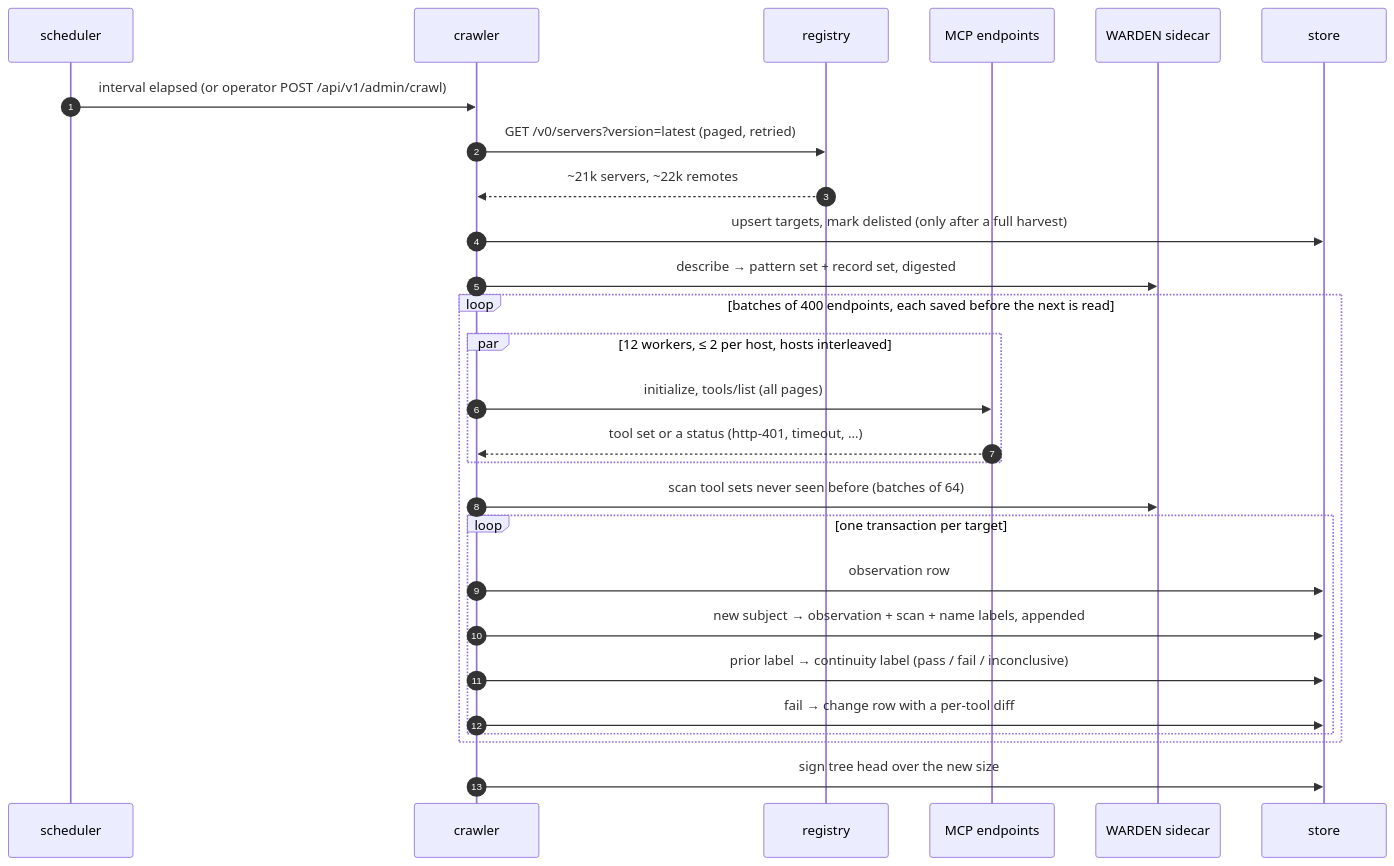
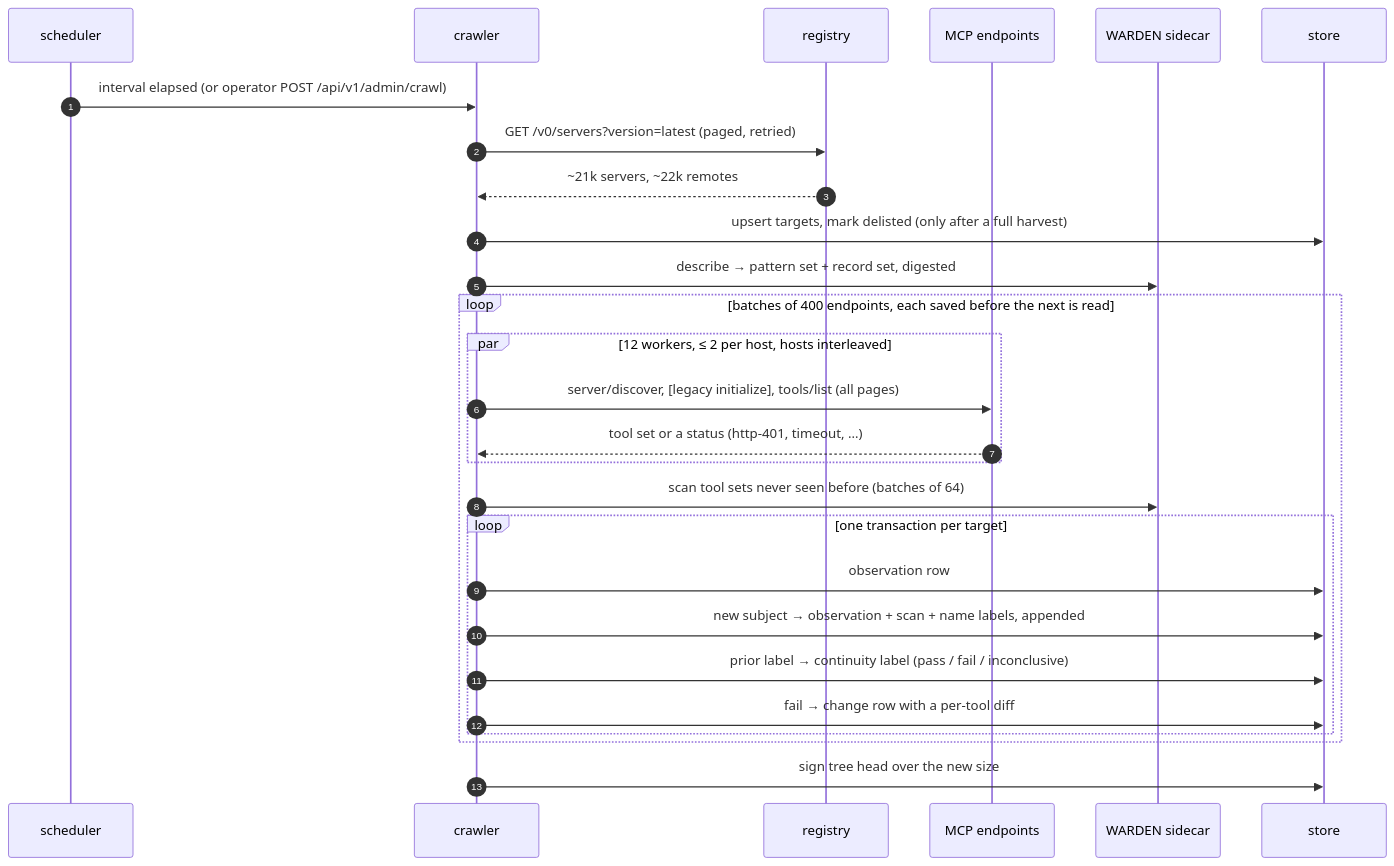
The second of 4 diagrams in docs/architecture.md (alexar76/histor), drawn with Mermaid before and after one commit. The commit also changed other lines of this file and 78 other files, not shown here.

````diff
--- a/docs/architecture.md
+++ b/docs/architecture.md
@@ -59,29 +59,29 @@
 ```mermaid
 sequenceDiagram
     autonumber
     participant S as scheduler
     participant C as crawler
     participant R as registry
     participant M as MCP endpoints
     participant W as WARDEN sidecar
     participant DB as store
     S->>C: interval elapsed (or operator POST /api/v1/admin/crawl)
     C->>R: GET /v0/servers?version=latest (paged, retried)
     R-->>C: ~21k servers, ~22k remotes
     C->>DB: upsert targets, mark delisted (only after a full harvest)
     C->>W: describe → pattern set + record set, digested
     loop batches of 400 endpoints, each saved before the next is read
     par 12 workers, ≤ 2 per host, hosts interleaved
-        C->>M: initialize, tools/list (all pages)
+        C->>M: server/discover, [legacy initialize], tools/list (all pages)
         M-->>C: tool set or a status (http-401, timeout, …)
     end
     C->>W: scan tool sets never seen before (batches of 64)
     loop one transaction per target
         C->>DB: observation row
         C->>DB: new subject → observation + scan + name labels, appended
         C->>DB: prior label → continuity label (pass / fail / inconclusive)
         C->>DB: fail → change row with a per-tool diff
     end
     end
     C->>DB: sign tree head over the new size
 ```
````
